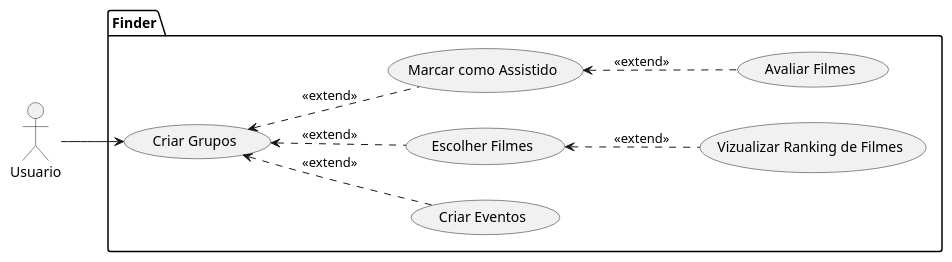
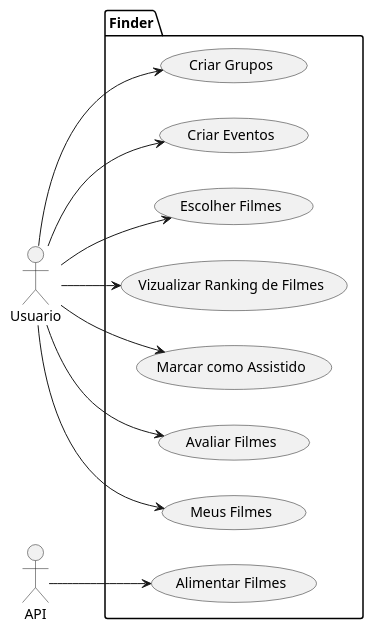
One commit to 0liveiraEduardo/Projeto-Eng.-Software-II changed the diagram in docs/usecases.puml. Above: the diagram before and after it, drawn with PlantUML.

Commit message:
Novo caso de uso

```diff
--- a/docs/usecases.puml
+++ b/docs/usecases.puml
@@ -1,41 +1,47 @@
-@startuml
+@startuml caso-de-uso
 
 left to right direction
 
 actor Usuario as g
+actor API as a
 
  
 
 package Finder {
 
   usecase "Criar Grupos" as UC1
 
-  usecase "Avaliar Filmes" as UC2
+  usecase "Criar Eventos" as UC2
 
-  usecase "Criar Eventos" as UC3
+  usecase "Escolher Filmes" as UC3
 
-  usecase "Escolher Filmes" as UC4
+  usecase "Vizualizar Ranking de Filmes" as UC4
 
-  usecase "Vizualizar Ranking de Filmes" as UC5
+  usecase "Marcar como Assistido" as UC5
 
-  usecase "Marcar como Assistido" as UC6
+  usecase "Avaliar Filmes" as UC6
+
+  usecase "Meus Filmes" as UC7
+
+  usecase "Alimentar Filmes" as UC8
 
 }
 
  
+a --> UC8
 
 g --> UC1
 
-UC6 <.. UC2 : <<extend>>
+g --> UC2
 
-UC1 <.. UC3 : <<extend>>
+g --> UC3
 
-UC1 <.. UC4 : <<extend>>
+g --> UC4
 
-UC4 <.. UC5 : <<extend>>
+g --> UC5
 
-UC1 <.. UC6 : <<extend>>
+g --> UC6
 
- 
+g --> UC7 
 
 @enduml
```
